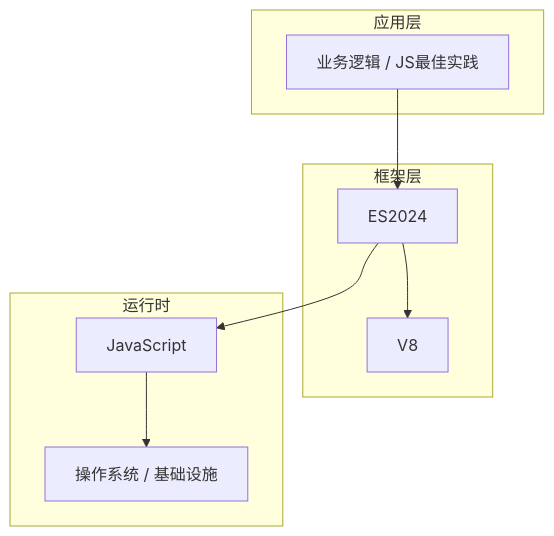
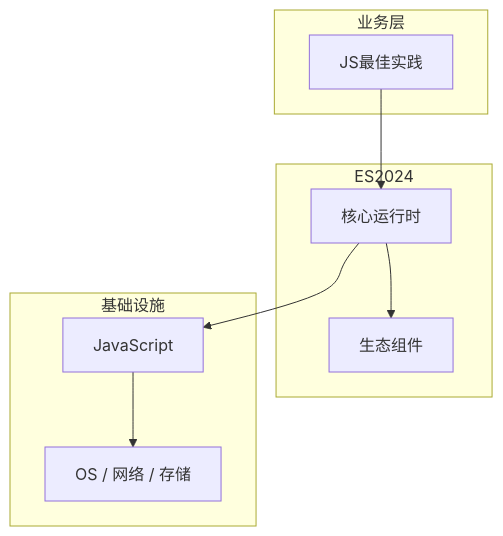
One commit to yanggan2015/knowledge-json-v2 changed the diagram in articles/JavaScript核心/chapters/190-JS最佳实践核心概念与原理.md. Above: the diagram before and after it, drawn with Mermaid. The commit also changed other lines of this file and 10127 other files, not shown here.

````diff
--- a/articles/JavaScript核心/chapters/190-JS最佳实践核心概念与原理.md
+++ b/articles/JavaScript核心/chapters/190-JS最佳实践核心概念与原理.md
@@ -45,18 +34,18 @@
 ```mermaid
 graph TB
-    subgraph 应用层
-        A[业务逻辑 / JS最佳实践]
+    subgraph 业务层
+        A[JS最佳实践]
     end
-    subgraph 框架层
-        B[ES2024]
-        C[V8]
+    subgraph ES2024
+        B[核心运行时]
+        C[生态组件]
     end
-    subgraph 运行时
+    subgraph 基础设施
         D[JavaScript]
-        E[操作系统 / 基础设施]
+        E[OS / 网络 / 存储]
     end
     A --> B
     B --> C
     B --> D
     D --> E
 ```
````
